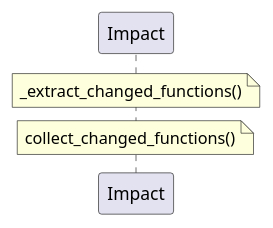
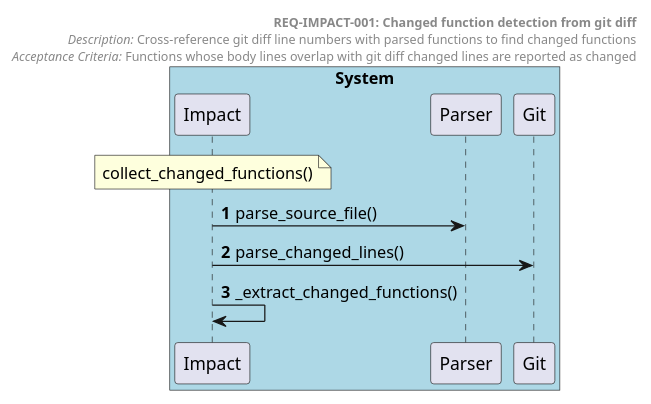
Before and after one commit to tvanfossen/doxygen-guard: the diagram in docs/generated/sequences/REQ-IMPACT-001.puml, drawn with PlantUML. The commit also changed 18 other files, not shown here.

```diff
--- a/docs/generated/sequences/REQ-IMPACT-001.puml
+++ b/docs/generated/sequences/REQ-IMPACT-001.puml
@@ -1,9 +1,22 @@
-@startuml REQ-IMPACT-001
+@startuml REQ-IMPACT-001 Changed function detection from git diff
 autonumber
 
-participant "Impact" as Impact
+box "System" #LightBlue
+  participant "Impact" as Impact
+  participant "Parser" as Parser
+  participant "Git" as Git
+end box
 
-note over Impact: _extract_changed_functions()
+header
+  **REQ-IMPACT-001: Changed function detection from git diff**
+  //Description:// Cross-reference git diff line numbers with parsed functions to find changed functions
+  //Acceptance Criteria:// Functions whose body lines overlap with git diff changed lines are reported as changed
+end header
+
 note over Impact: collect_changed_functions()
 
+Impact -> Parser: parse_source_file()
+Impact -> Git: parse_changed_lines()
+Impact -> Impact: _extract_changed_functions()
+
 @enduml
```
